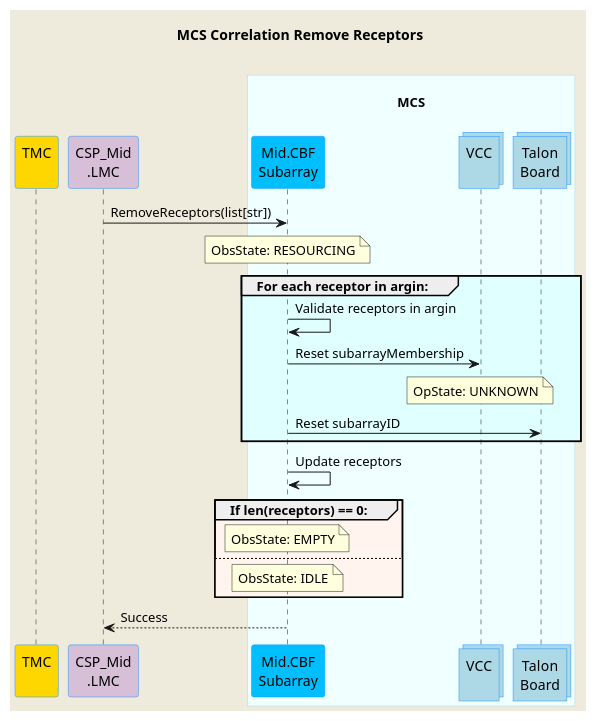
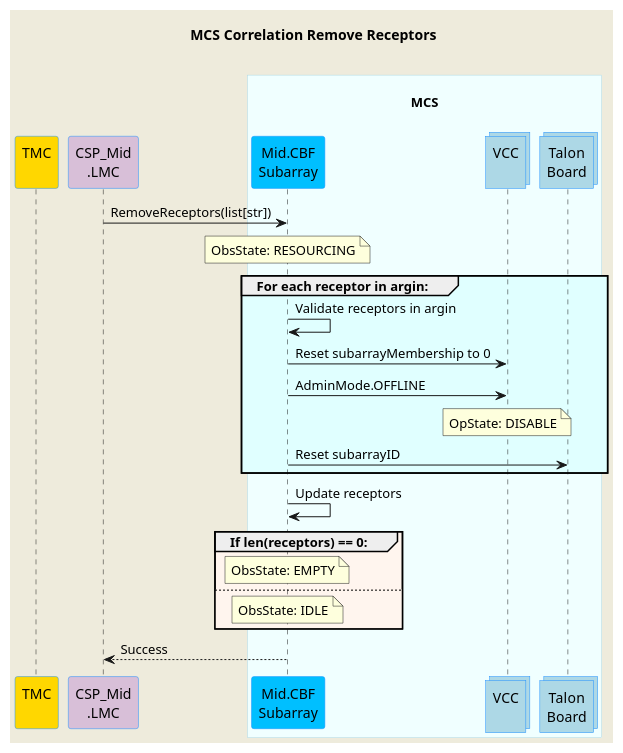
The diagram in docs/src/diagrams/remove-receptors.puml (ska-telescope/mid-cbf-mcs), drawn with PlantUML before and after one commit. The commit also changed 3 other files, not shown here.

Commit message:
CIP-2424 add admin mode and sim mode writes to UML

```diff
--- a/docs/src/diagrams/remove-receptors.puml
+++ b/docs/src/diagrams/remove-receptors.puml
@@ -1,48 +1,49 @@
 @startuml
 'https://plantuml.com/sequence-diagram
 
 skinparam backgroundColor #EEEBDC
 skinparam sequence {
     ParticipantBorderColor DodgerBlue
     ParticipantBackgroundColor DeepSkyBlue
     ActorBorderColor DarkGreen
     ActorBackgroundColor Green
     BoxBorderColor LightBlue
     BoxBackgroundColor #F0FFFF
 }
 skinparam collections {
     BackGroundColor LightBlue
     BorderColor DodgerBlue
 }
 
 title MCS Correlation Remove Receptors\n
 
 participant "TMC\n" as tmc #Gold
 participant "CSP_Mid\n.LMC" as lmc #Thistle
 box "\nMCS\n"
     participant "Mid.CBF\nSubarray" as subarray
     collections "VCC\n" as vcc
     collections "Talon\nBoard" as talon
 end box
 
 lmc             ->  subarray    : RemoveReceptors(list[str])
 note over subarray              : ObsState: RESOURCING
 group #LightCyan For each receptor in argin:
     subarray    -> subarray     : Validate receptors in argin
-    subarray    ->  vcc         : Reset subarrayMembership
-    note over vcc               : OpState: UNKNOWN
+    subarray    -> vcc          : Reset subarrayMembership to 0
+    subarray    -> vcc          : AdminMode.OFFLINE
+    note over vcc               : OpState: DISABLE
     subarray    ->  talon       : Reset subarrayID
 end group
 
 subarray    ->  subarray        : Update receptors
 
 group #SeaShell If len(receptors) == 0:
     note over subarray          : ObsState: EMPTY
 else
     note over subarray          : ObsState: IDLE
 end group
 
 
 lmc        <--  subarray     : Success
 
 @enduml
```
